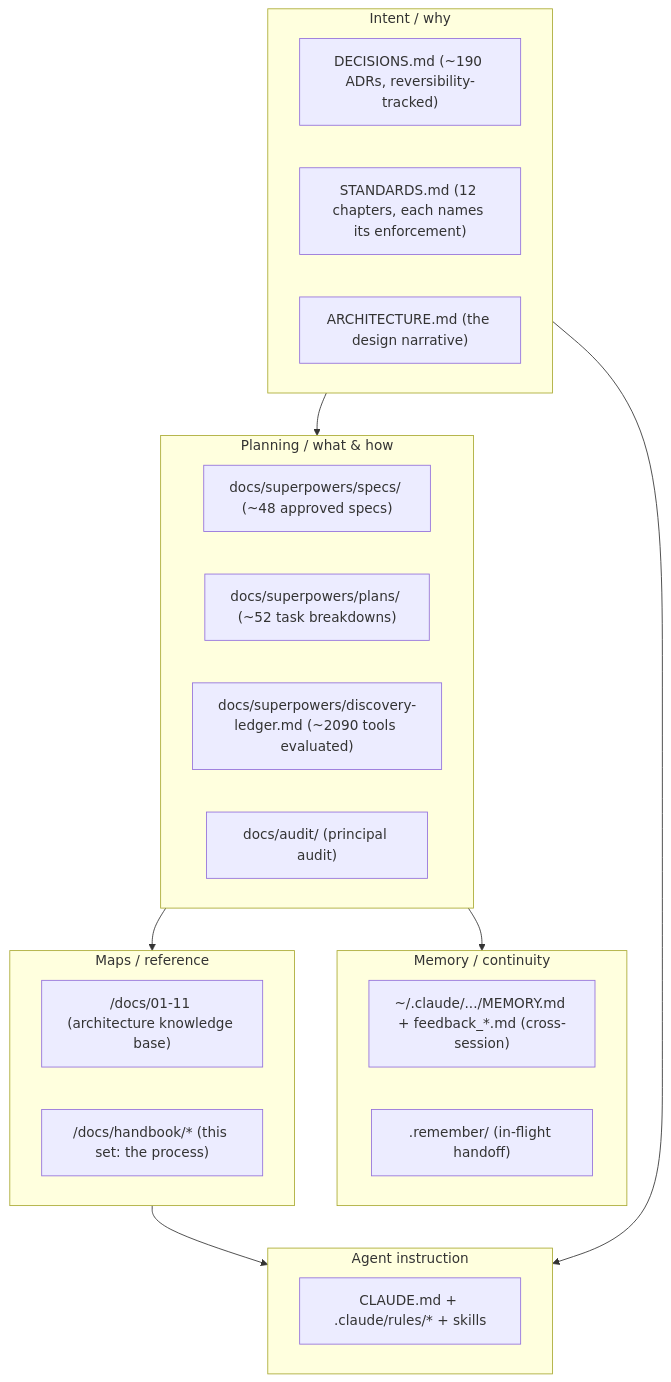
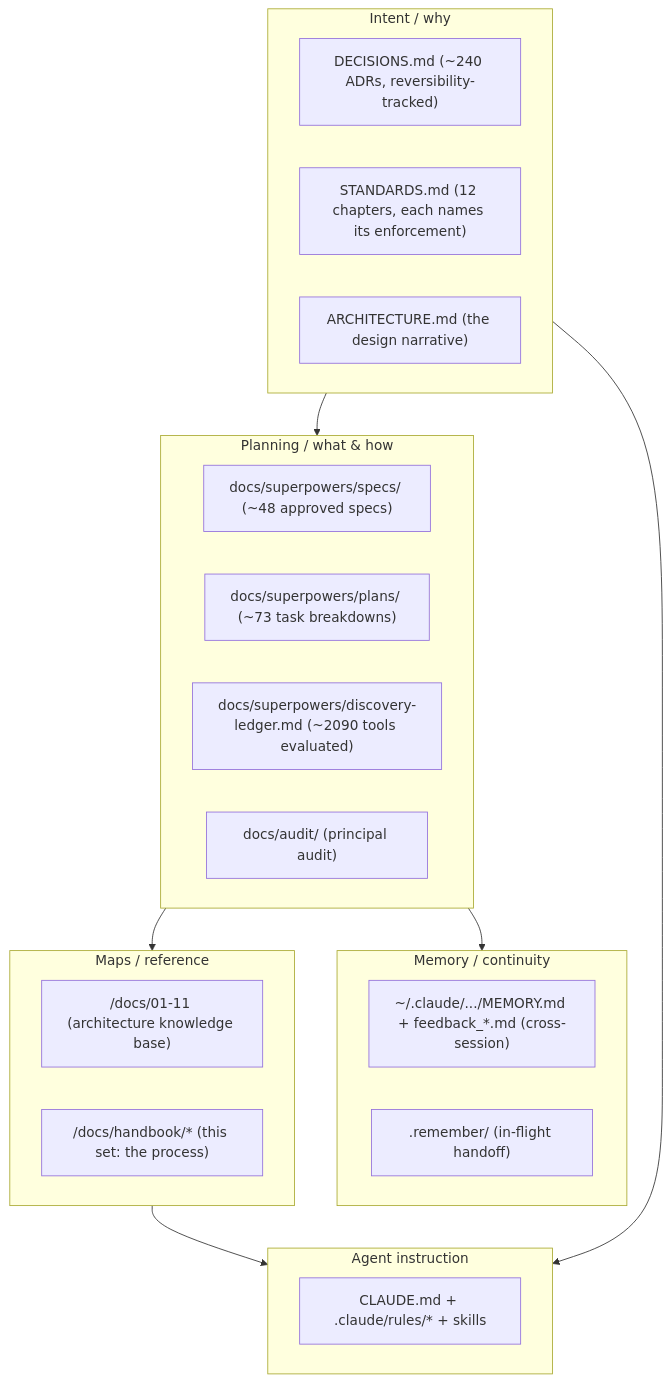
The first of 2 diagrams in docs/handbook/knowledge-architecture.md (erikunha/portfolio), drawn with Mermaid before and after one commit. The commit also changed other lines of this file and 12 other files, not shown here.

Commit message:
docs: sync ARCHITECTURE, handbook & README to current code state (#203)

````diff
--- a/docs/handbook/knowledge-architecture.md
+++ b/docs/handbook/knowledge-architecture.md
@@ -7,29 +7,29 @@
 ```mermaid
 flowchart TD
     subgraph intent["Intent / why"]
-        adr["DECISIONS.md (~190 ADRs, reversibility-tracked)"]
+        adr["DECISIONS.md (~240 ADRs, reversibility-tracked)"]
         std["STANDARDS.md (12 chapters, each names its enforcement)"]
         arch["ARCHITECTURE.md (the design narrative)"]
     end
     subgraph plan["Planning / what & how"]
         specs["docs/superpowers/specs/ (~48 approved specs)"]
-        plans["docs/superpowers/plans/ (~52 task breakdowns)"]
+        plans["docs/superpowers/plans/ (~73 task breakdowns)"]
         ledger["docs/superpowers/discovery-ledger.md (~2090 tools evaluated)"]
         audit["docs/audit/ (principal audit)"]
     end
     subgraph maps["Maps / reference"]
         kb["/docs/01-11 (architecture knowledge base)"]
         hb["/docs/handbook/* (this set: the process)"]
     end
     subgraph agent["Agent instruction"]
         cl["CLAUDE.md + .claude/rules/* + skills"]
     end
     subgraph memory["Memory / continuity"]
         mem["~/.claude/.../MEMORY.md + feedback_*.md (cross-session)"]
         rem[".remember/ (in-flight handoff)"]
     end
     intent --> plan --> maps
     intent --> agent
     maps --> agent
     plan --> memory
 ```
````
